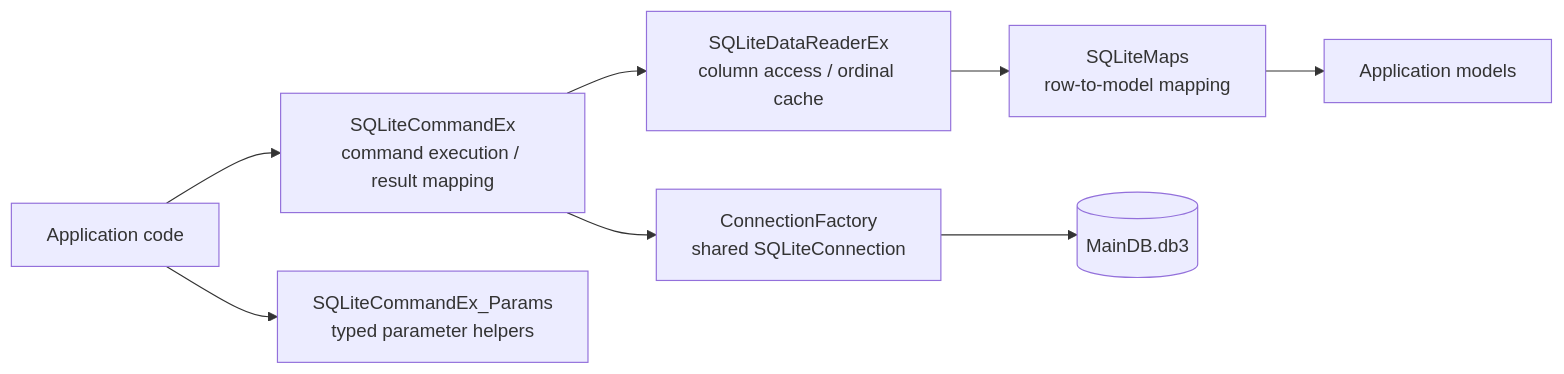
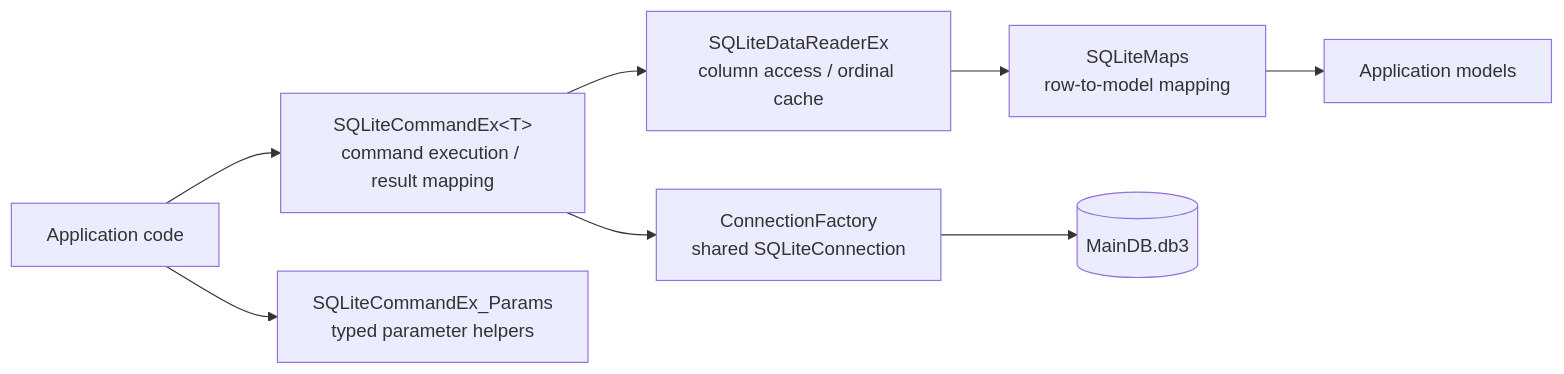
The ninth of 10 diagrams in materials/architecture/README.md (ekatmoz88-alt/territory-descriptor-unified), drawn with Mermaid before and after one commit. The commit also changed other lines of this file, not shown here.

````diff
--- a/materials/architecture/README.md
+++ b/materials/architecture/README.md
@@ -261,18 +264,18 @@
 ```mermaid
 flowchart LR
   APP["Application code"]
-  CMD["SQLiteCommandEx<T><br/>command execution / result mapping"]
+  CMD["SQLiteCommandEx&lt;T&gt;<br/>command execution / result mapping"]
   PARAM["SQLiteCommandEx_Params<br/>typed parameter helpers"]
   FACTORY["ConnectionFactory<br/>shared SQLiteConnection"]
   READER["SQLiteDataReaderEx<br/>column access / ordinal cache"]
   MAP["SQLiteMaps<br/>row-to-model mapping"]
   MODEL["Application models"]
   DB[("MainDB.db3")]
   APP --> CMD
   APP --> PARAM
   CMD --> FACTORY
   FACTORY --> DB
   CMD --> READER
   READER --> MAP
   MAP --> MODEL
 ```
````
